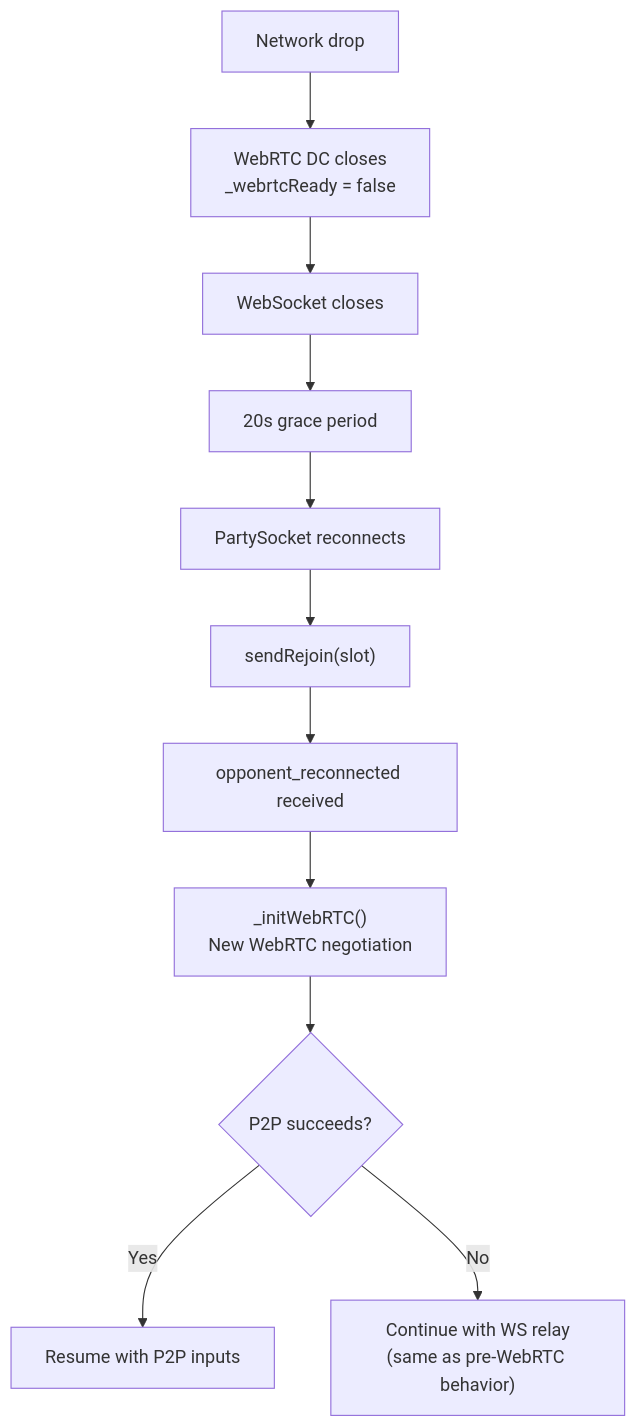
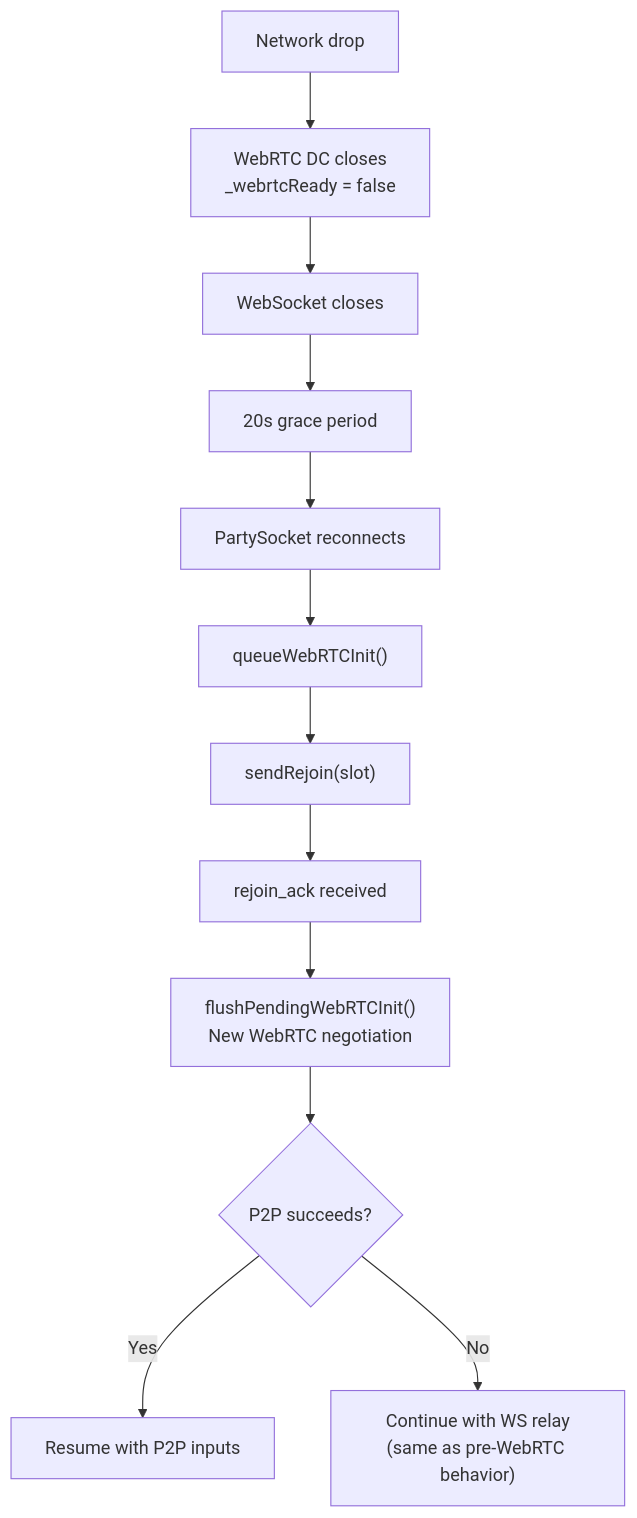
The fifth of 5 diagrams in docs/graceful-reconnection.md (simon0191/a-los-traques), drawn with Mermaid before and after one commit. The commit also changed other lines of this file and 2 other files, not shown here.

````diff
--- a/docs/graceful-reconnection.md
+++ b/docs/graceful-reconnection.md
@@ -91,13 +94,14 @@
 ```mermaid
 flowchart TD
     Drop["Network drop"] --> DCClose["WebRTC DC closes\n_webrtcReady = false"]
     DCClose --> WSClose["WebSocket closes"]
     WSClose --> Grace["20s grace period"]
     Grace --> Reconn["PartySocket reconnects"]
-    Reconn --> Rejoin["sendRejoin(slot)"]
-    Rejoin --> OppReconn["opponent_reconnected received"]
-    OppReconn --> ReInit["_initWebRTC()\nNew WebRTC negotiation"]
+    Reconn --> Queue["queueWebRTCInit()"]
+    Queue --> Rejoin["sendRejoin(slot)"]
+    Rejoin --> Ack["rejoin_ack received"]
+    Ack --> ReInit["flushPendingWebRTCInit()\nNew WebRTC negotiation"]
     ReInit --> Success{"P2P succeeds?"}
     Success -- Yes --> P2P["Resume with P2P inputs"]
     Success -- No --> WS["Continue with WS relay\n(same as pre-WebRTC behavior)"]
 ```
````
